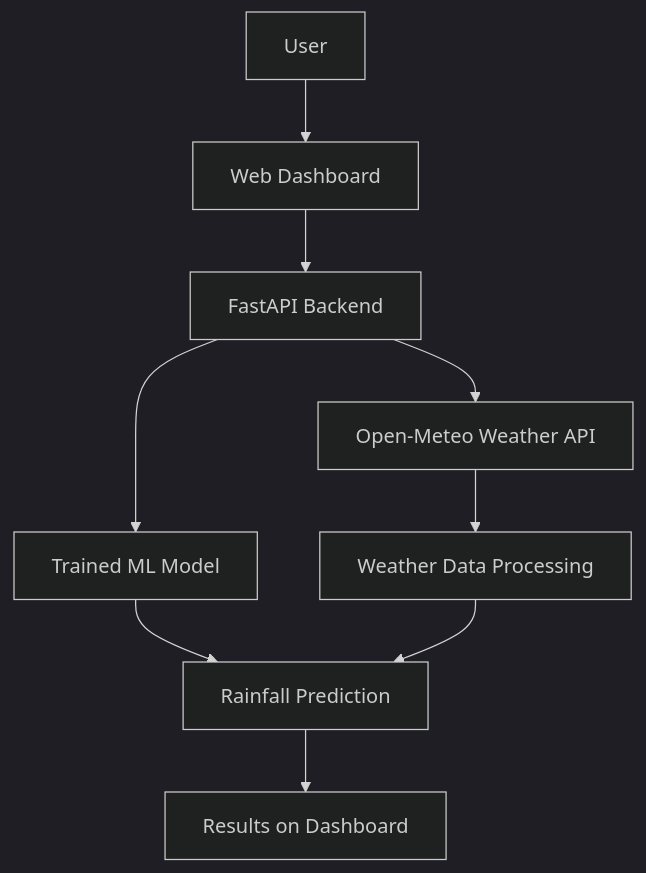
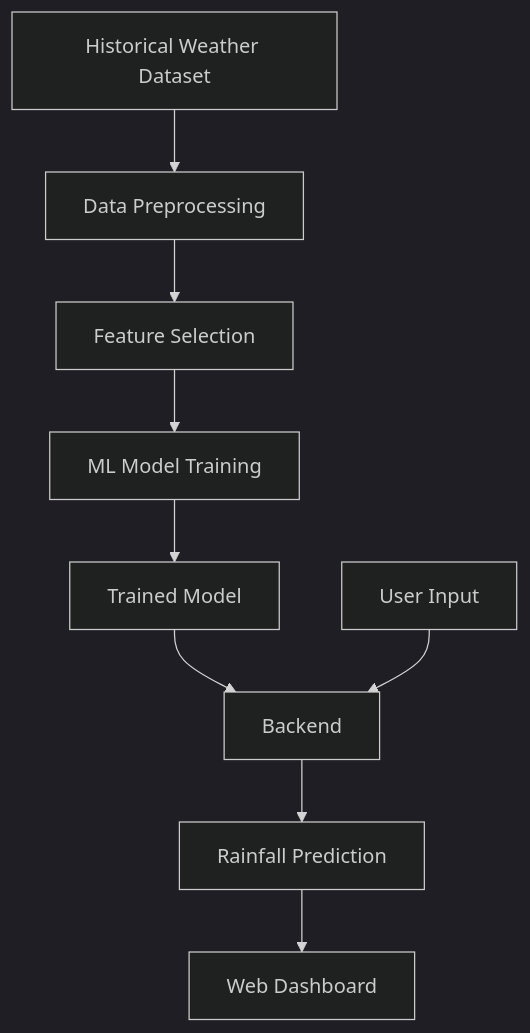
One commit to manjot15058-ux/Rainfall-Prediction-System changed the diagram in README.md. Above: the diagram before and after it, drawn with Mermaid (dark theme). The commit also changed other lines of this file, not shown here.

First line of the commit message:
README for Smart Rainfall Prediction System

````diff
--- a/README.md
+++ b/README.md
@@ -59,11 +59,11 @@
 ```mermaid
 flowchart TD
-    A[User] --> B[Web Dashboard]
-    B --> C[FastAPI Backend]
-    C --> D[Open-Meteo Weather API]
-    C --> E[Trained ML Model]
-    D --> F[Weather Data Processing]
-    E --> G[Rainfall Prediction]
-    F --> G
-    G --> H[Results on Dashboard]
+    A[Historical Weather Dataset] --> B[Data Preprocessing]
+    B --> C[Feature Selection]
+    C --> D[ML Model Training]
+    D --> E[Trained Model]
+    E --> F[Backend]
+    G[User Input] --> F
+    F --> H[Rainfall Prediction]
+    H --> I[Web Dashboard]
 ```
````
